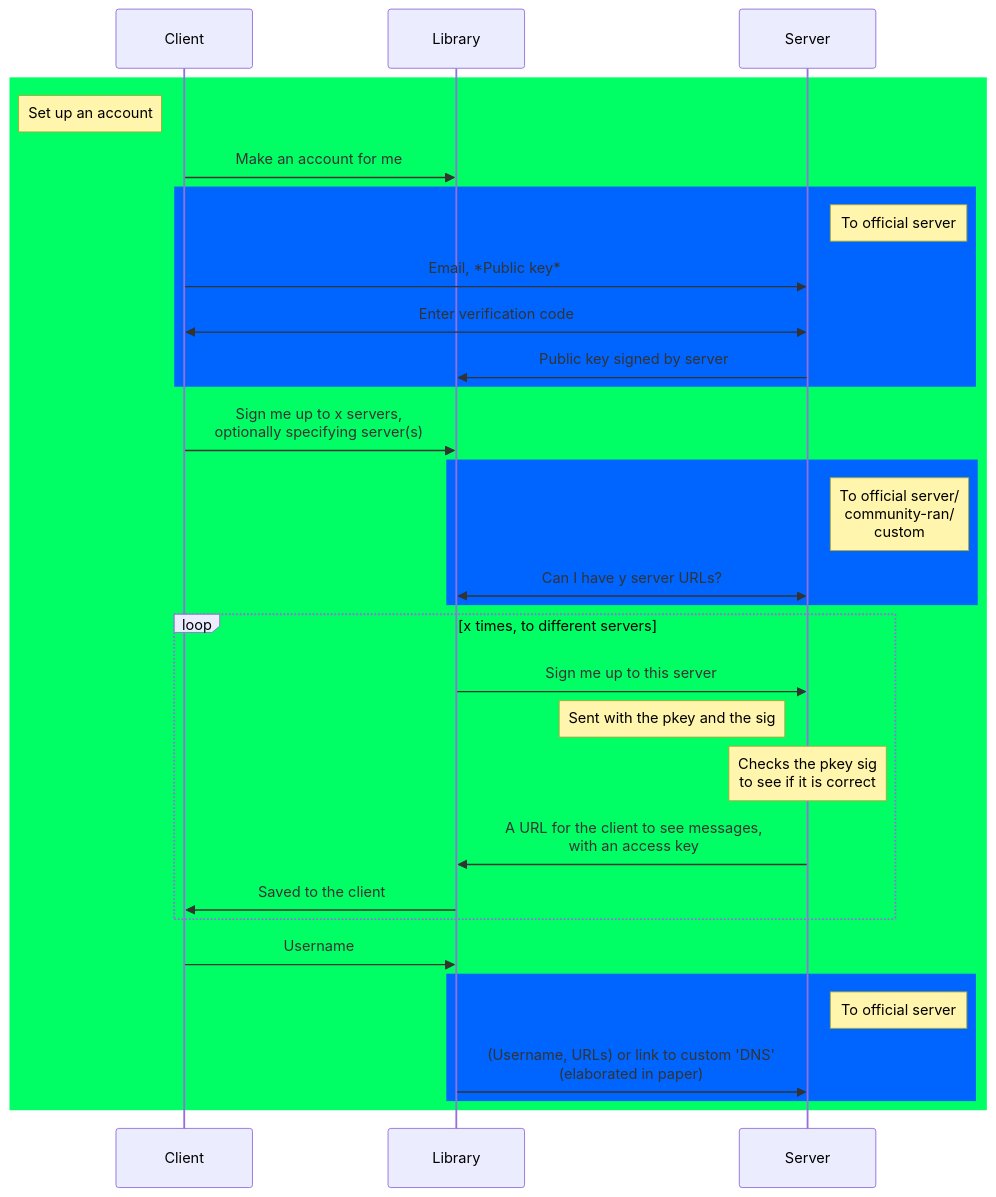
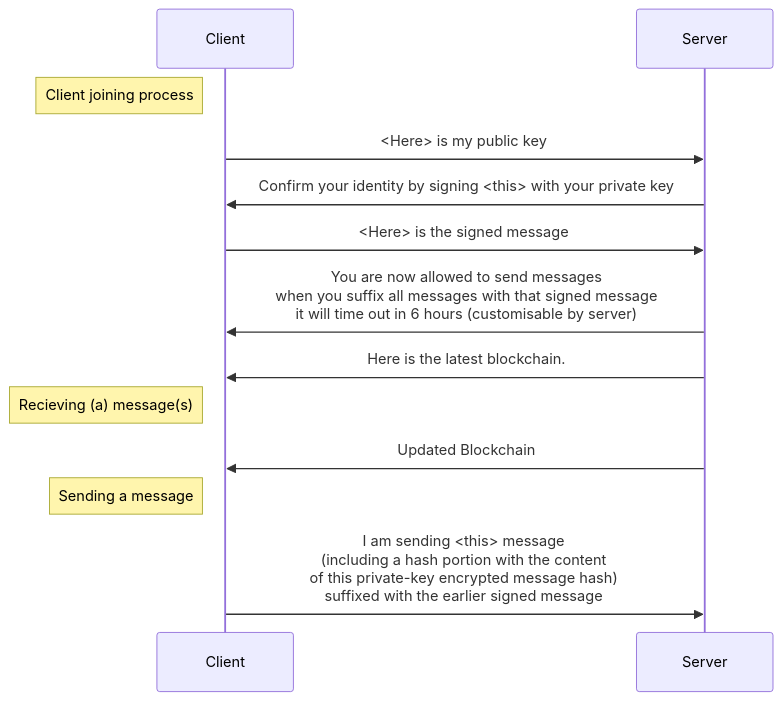
One commit to dispatch-d/paper changed the diagram in README.md. Above: the diagram before and after it, drawn with Mermaid. The commit also changed other lines of this file, not shown here.

Commit message:
Complete rework of the idea     + Explained how it will work cryptographically     + added blockchain explanation     - removed un-needed complexity     + added explanation of how it will be decentralised     - removed "user lookup sysyem"     + added technical abstract of how it will work

````diff
--- a/README.md
+++ b/README.md
@@ -9,33 +22,17 @@
 ```mermaid
 sequenceDiagram
-    rect rgb(0,255,100)
-        Note left of Client: Set up an account
-        Client->>Library: Make an account for me
-        rect rgb(0,100,255)
-            Note right of Server: To official server
-            Client->>Server: Email, *Public key*
-            Server<<->>Client: Enter verification code
-            Server->>Library: Public key signed by server
-        end
-        Client->>Library: Sign me up to x servers,<br>optionally specifying server(s)
-        rect rgb(0,100,255)
-            Note right of Server: To official server/<br>community-ran/<br>custom
-            Library<<->>Server: Can I have y server URLs?
-        end
-        %% Client->>Library: User name, optional details
-        
-        %% Server->>Client: Give me a email
-        loop x times, to different servers
-            Library->>Server: Sign me up to this server
-            Note left of Server: Sent with the pkey and the sig
-            Note over Server: Checks the pkey sig<br>to see if it is correct
-            Server->>Library: A URL for the client to see messages,<br>with an access key
-            Library->>Client: Saved to the client
-        end
-        Client->>Library:Username
-        rect rgb(0,100,255)
-            Note right of Server: To official server
-            Library->>Server: (Username, URLs) or link to custom 'DNS'<br>(elaborated in paper)
-        end
-    end
+    Note left of Client: Client joining process
+    Client->>Server: <Here> is my public key
+    Server->>Client: Confirm your identity by signing <this> with your private key
+    Client->>Server: <Here> is the signed message
+    Server->>Client: You are now allowed to send messages <br>when you suffix all messages with that signed message <br> it will time out in 6 hours (customisable by server)
+    Server->>Client: Here is the latest blockchain.
+    
+    Note left of Client: Recieving (a) message(s)
+     
+    Server->>Client: Updated Blockchain
+
+    Note left of Client: Sending a message
+
+    Client->>Server: I am sending <this> message <br>(including a hash portion with the content <br> of this private-key encrypted message hash) <br> suffixed with the earlier signed message
 ```
````
